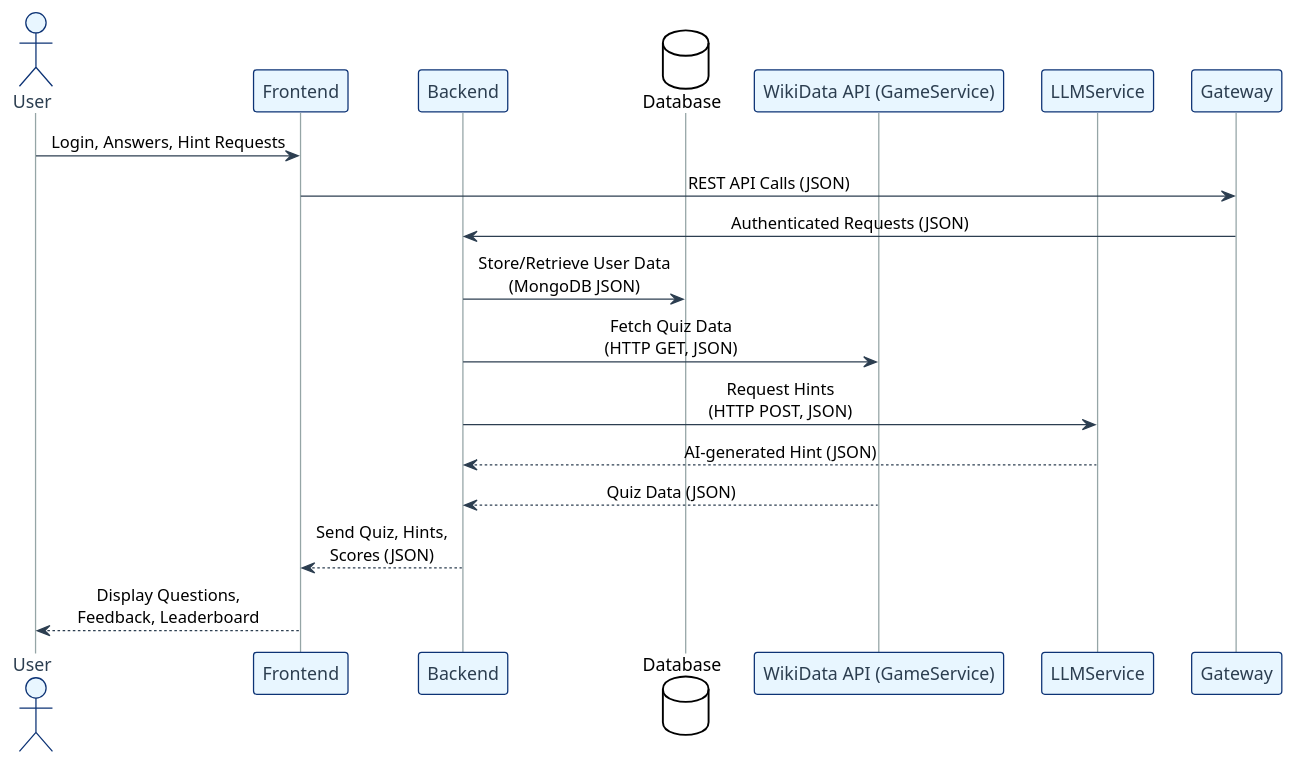
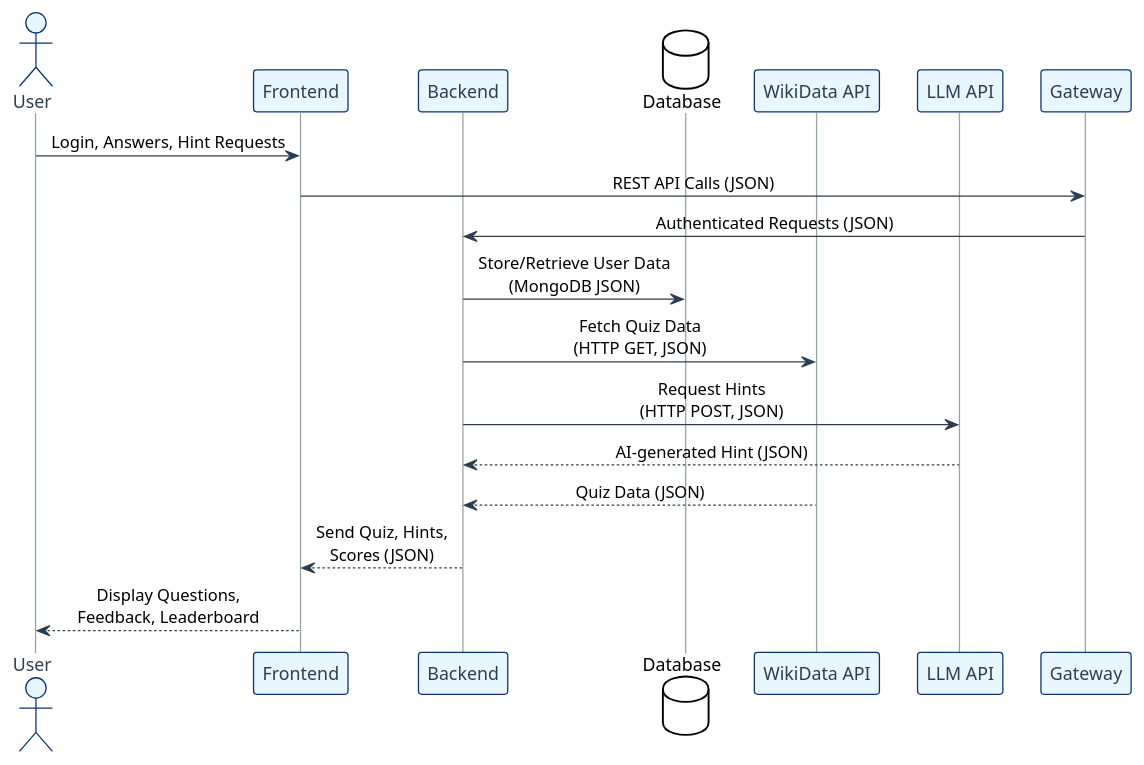
One commit to Arquisoft/wichat_en2b changed the diagram in docs/src/03_context_and_scope.adoc. Above: the diagram before and after it, drawn with PlantUML. The commit also changed 1 other file, not shown here.

Commit message:
#3 - Changes to the Technical context diagram

```diff
--- a/docs/src/03_context_and_scope.adoc
+++ b/docs/src/03_context_and_scope.adoc
@@ -83,48 +83,48 @@
 [plantuml]
 ----
 @startuml
 !theme plain
 skinparam BackgroundColor transparent
 skinparam sequenceMessageAlign center
 
 skinparam sequence {
     ArrowColor #2C3E50
     LifeLineBorderColor #95A5A6
     LifeLineBackgroundColor #ECF0F1
     
     ParticipantBorderColor #0d3375
     ParticipantBackgroundColor #E8F6FF
     ParticipantFontColor #2C3E50
     ParticipantFontSize 14
     
     ActorBorderColor #0d3375
     ActorBackgroundColor #E8F6FF
     ActorFontColor #2C3E50
     ActorFontSize 14
     
     DatabaseBorderColor #9B59B6
     DatabaseBackgroundColor #F4ECF7
 }
 
 actor User
 participant "Frontend" as Frontend
 participant "Backend" as Backend
 database "Database" as DB
-participant "WikiData API (GameService)" as WikiData
-participant "LLMService" as AI
+participant "WikiData API" as WikiData
+participant "LLM API" as AI
 participant "Gateway" as Gateway
 
 User -> Frontend : Login, Answers, Hint Requests
 Frontend -> Gateway : REST API Calls (JSON)
 
 Gateway -> Backend : Authenticated Requests (JSON)
 Backend -> DB : Store/Retrieve User Data\n(MongoDB JSON)
 Backend -> WikiData : Fetch Quiz Data\n(HTTP GET, JSON)
 Backend -> AI : Request Hints\n(HTTP POST, JSON)
 
 AI --> Backend : AI-generated Hint (JSON)
 WikiData --> Backend : Quiz Data (JSON)
 Backend --> Frontend : Send Quiz, Hints,\nScores (JSON)
 Frontend --> User : Display Questions,\nFeedback, Leaderboard
 @enduml
 ----
```
